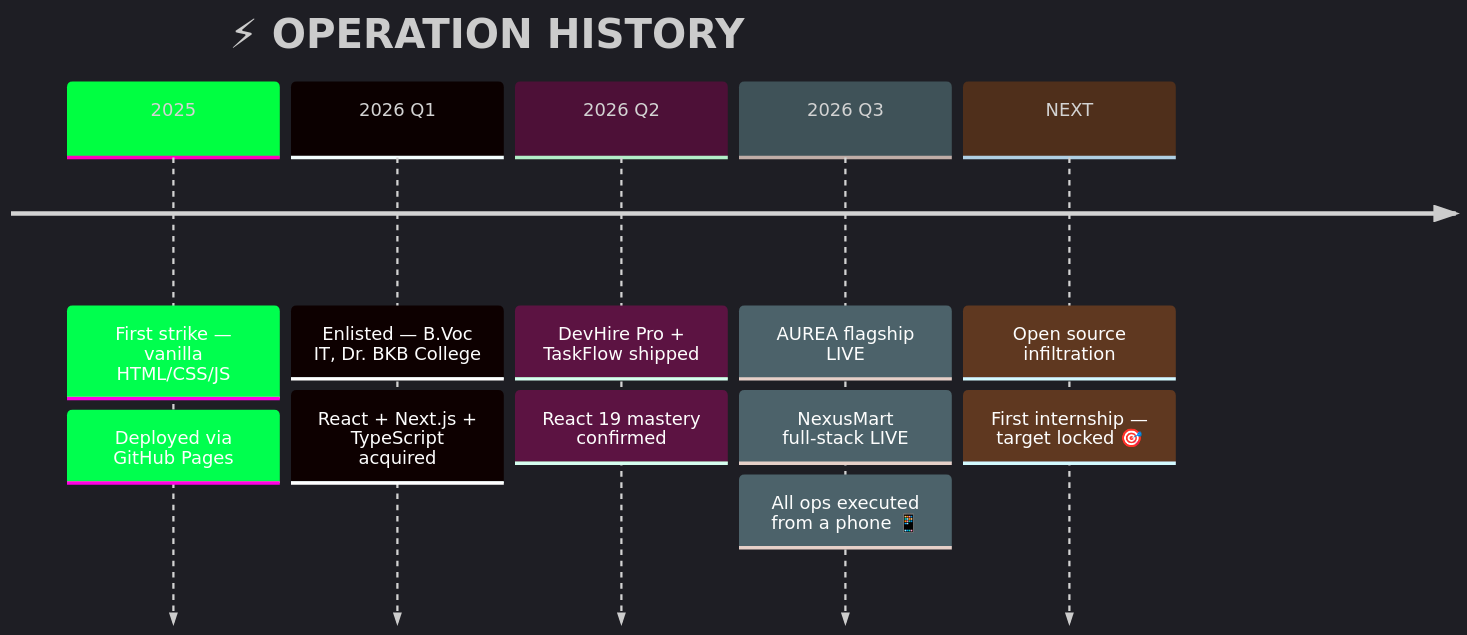
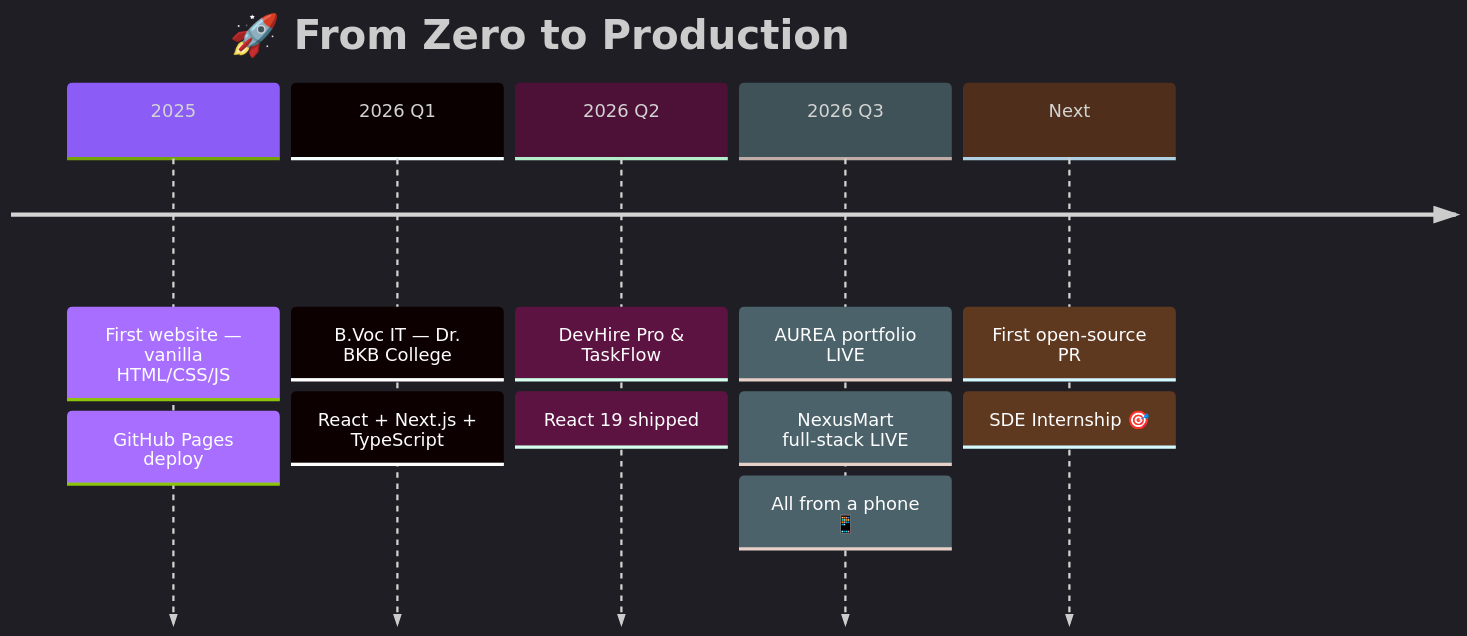
One commit to Manashjyoti-Bora/Manashjyoti-Bora changed the diagram in README.md. Above: the diagram before and after it, drawn with Mermaid. The commit also changed other lines of this file, not shown here.

````diff
--- a/README.md
+++ b/README.md
@@ -134,10 +191,10 @@
 ```mermaid
-%%{init: {'theme':'dark','themeVariables':{'primaryColor':'#00ff41','primaryTextColor':'#fff','lineColor':'#22d3ee'}}}%%
+%%{init: {'theme':'dark','themeVariables':{'primaryColor':'#8b5cf6','primaryTextColor':'#fff','lineColor':'#38bdf8'}}}%%
 timeline
-    title ⚡ OPERATION HISTORY
-    2025 : First strike — vanilla HTML/CSS/JS : Deployed via GitHub Pages
-    2026 Q1 : Enlisted — B.Voc IT, Dr. BKB College : React + Next.js + TypeScript acquired
-    2026 Q2 : DevHire Pro + TaskFlow shipped : React 19 mastery confirmed
-    2026 Q3 : AUREA flagship LIVE : NexusMart full-stack LIVE : All ops executed from a phone 📱
-    NEXT : Open source infiltration : First internship — target locked 🎯
+    title 🚀 From Zero to Production
+    2025 : First website — vanilla HTML/CSS/JS : GitHub Pages deploy
+    2026 Q1 : B.Voc IT — Dr. BKB College : React + Next.js + TypeScript
+    2026 Q2 : DevHire Pro & TaskFlow : React 19 shipped
+    2026 Q3 : AUREA portfolio LIVE : NexusMart full-stack LIVE : All from a phone 📱
+    Next : First open-source PR : SDE Internship 🎯
 ```
````
